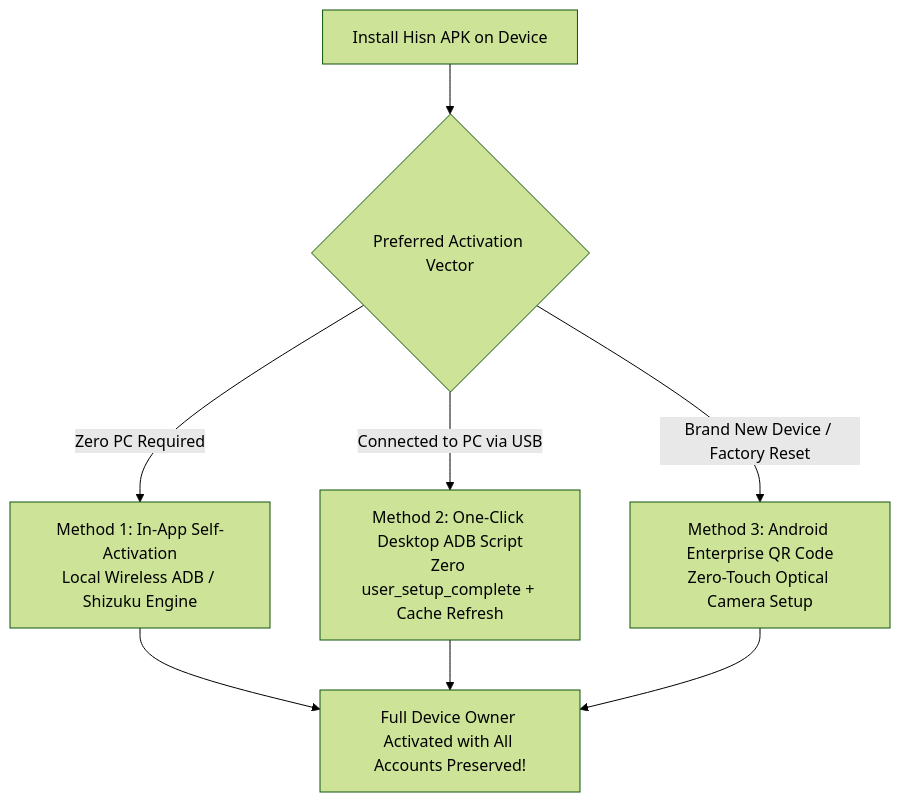
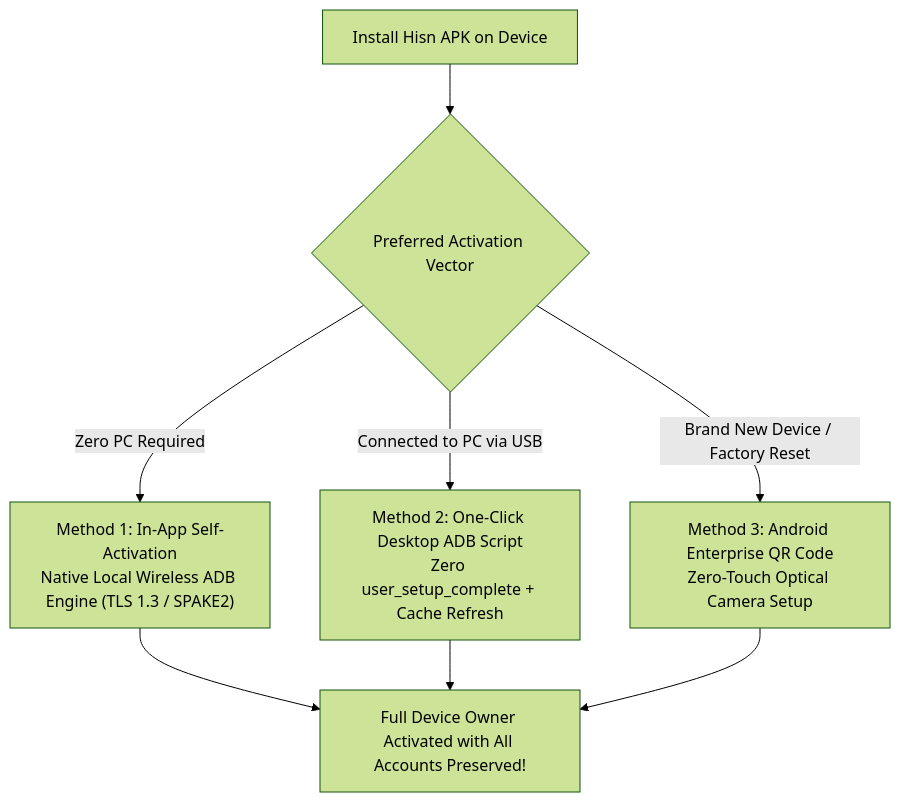
Before and after one commit to dr-mohammed-hamed/antiporn: the second of 2 diagrams in README.md, drawn with Mermaid (forest theme). The commit also changed other lines of this file and 16 other files, not shown here.

````diff
--- a/README.md
+++ b/README.md
@@ -227,12 +227,12 @@
 ```mermaid
 graph TD
     Start["Install Hisn APK on Device"] --> Choice{"Preferred Activation Vector"}
     
-    Choice -->|Zero PC Required| ShizukuWay["Method 1: In-App Self-Activation<br/>Local Wireless ADB / Shizuku Engine"]
+    Choice -->|Zero PC Required| AdbWay["Method 1: In-App Self-Activation<br/>Native Local Wireless ADB Engine (TLS 1.3 / SPAKE2)"]
     Choice -->|Connected to PC via USB| PCWay["Method 2: One-Click Desktop ADB Script<br/>Zero user_setup_complete + Cache Refresh"]
     Choice -->|Brand New Device / Factory Reset| QRWay["Method 3: Android Enterprise QR Code<br/>Zero-Touch Optical Camera Setup"]
     
-    ShizukuWay --> Success["Full Device Owner Activated with All Accounts Preserved!"]
+    AdbWay --> Success["Full Device Owner Activated with All Accounts Preserved!"]
     PCWay --> Success
     QRWay --> Success
 ```
````
